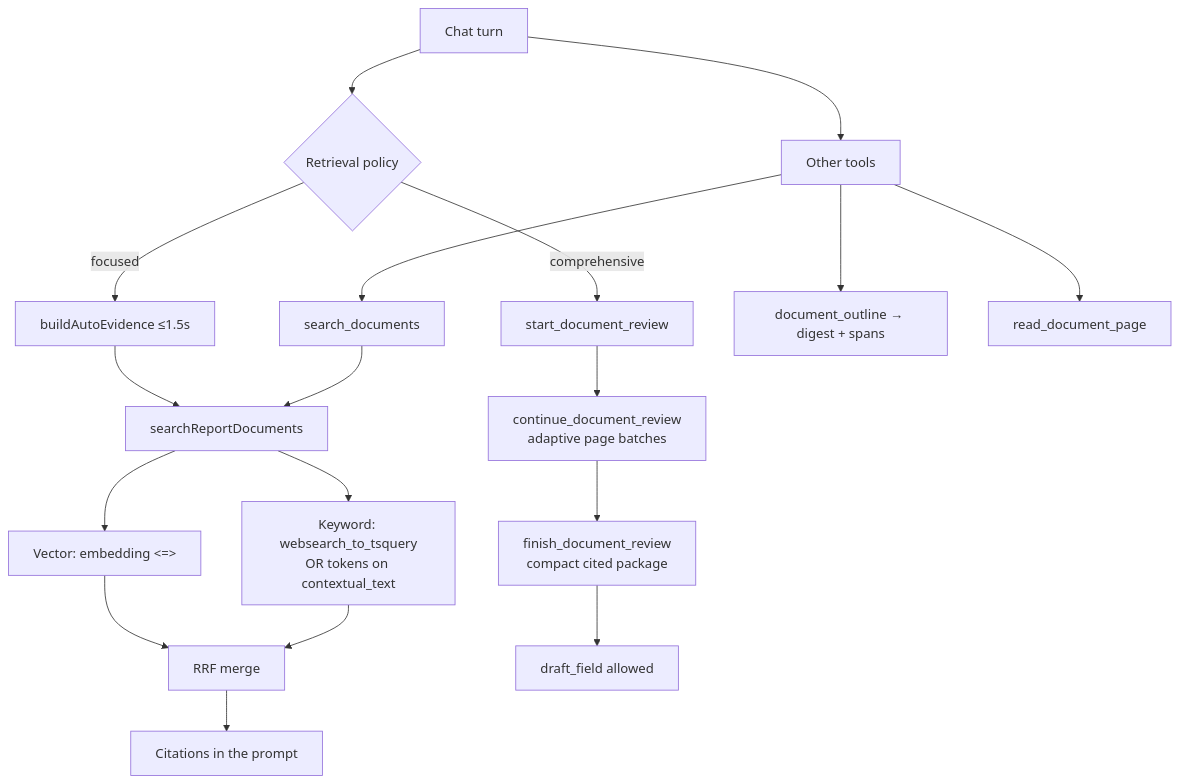
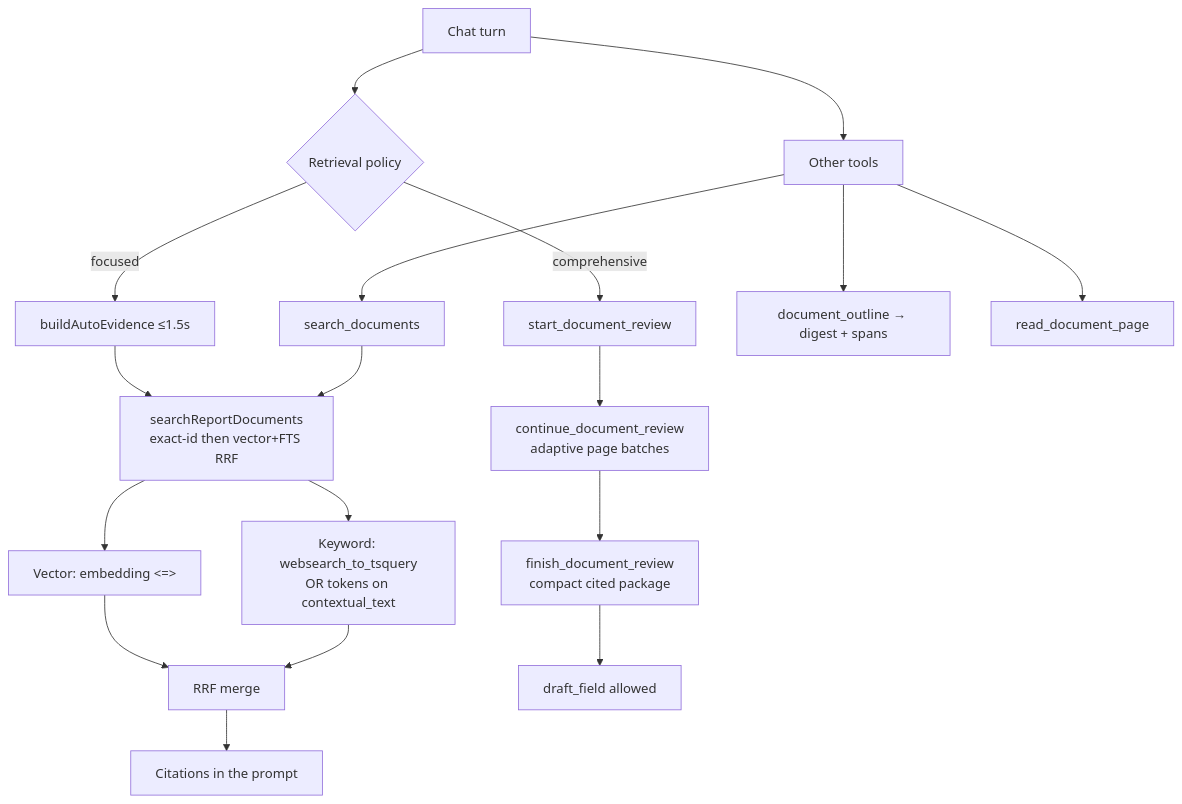
Before and after one commit to sachin-aag/andrei: the seventh of 7 diagrams in docs/document-ingest-pipeline.md, drawn with Mermaid. The commit also changed other lines of this file and 47 other files, not shown here.

````diff
--- a/docs/document-ingest-pipeline.md
+++ b/docs/document-ingest-pipeline.md
@@ -167,22 +169,22 @@
 ```mermaid
 flowchart TD
   A["Chat turn"] --> P{"Retrieval policy"}
   P -->|focused| C["buildAutoEvidence ≤1.5s"]
-  C --> D["searchReportDocuments"]
+  C --> D["searchReportDocuments<br/>exact-id then vector+FTS RRF"]
   D --> E["Vector: embedding <=>"]
   D --> F["Keyword: websearch_to_tsquery<br/>OR tokens on contextual_text"]
   E --> G["RRF merge"]
   F --> G
   G --> H["Citations in the prompt"]
 
   P -->|comprehensive| R["start_document_review"]
   R --> S["continue_document_review<br/>adaptive page batches"]
   S --> T["finish_document_review<br/>compact cited package"]
   T --> U["draft_field allowed"]
 
   A --> I["Other tools"]
   I --> J["search_documents"]
   I --> K["document_outline → digest + spans"]
   I --> L["read_document_page"]
   J --> D
 ```
````
